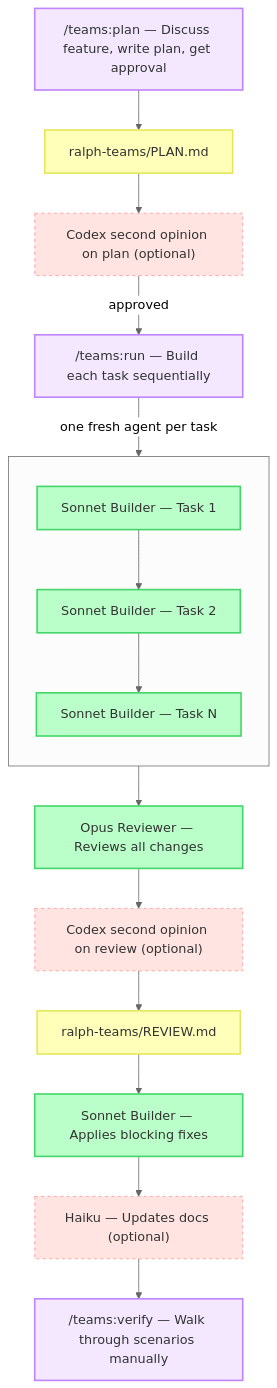
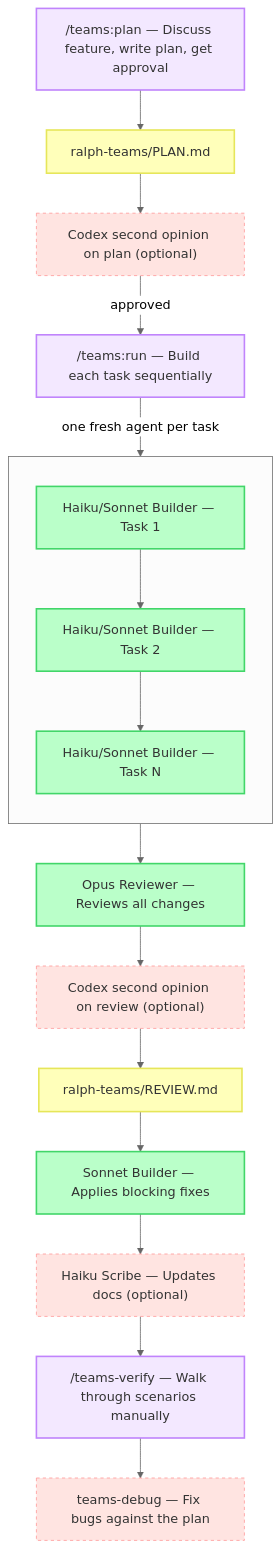
Before and after one commit to tuansondinh/ralph-teams-claude-plugin: the diagram in README.md, drawn with Mermaid (neutral theme). The commit also changed other lines of this file, not shown here.

First line of the commit message:
docs: update README for new skills, plan numbering, model selection

````diff
--- a/README.md
+++ b/README.md
@@ -30,45 +30,47 @@
 ```mermaid
 flowchart TD
     classDef user fill:#ffdfba,stroke:#ffb347,stroke-width:2px,color:#333
     classDef orch fill:#bae1ff,stroke:#5facff,stroke-width:2px,color:#333
     classDef agent fill:#baffc9,stroke:#42d669,stroke-width:2px,color:#333
     classDef doc fill:#ffffba,stroke:#e6e65a,stroke-width:2px,color:#333
     classDef cmd fill:#f3e8ff,stroke:#c084fc,stroke-width:2px,color:#333
     classDef optional fill:#ffe4e1,stroke:#ff9999,stroke-width:1px,stroke-dasharray:4,color:#333
 
     P1["/teams:plan — Discuss feature, write plan, get approval"]:::cmd
     P["ralph-teams/PLAN.md"]:::doc
     CX1["Codex second opinion on plan (optional)"]:::optional
 
     P1 --> P
     P --> CX1
 
     P2["/teams:run — Build each task sequentially"]:::cmd
 
     CX1 -->|"approved"| P2
 
     subgraph Build[" "]
         direction TB
-        B1["Sonnet Builder — Task 1"]:::agent
-        B2["Sonnet Builder — Task 2"]:::agent
-        BN["Sonnet Builder — Task N"]:::agent
+        B1["Haiku/Sonnet Builder — Task 1"]:::agent
+        B2["Haiku/Sonnet Builder — Task 2"]:::agent
+        BN["Haiku/Sonnet Builder — Task N"]:::agent
         B1 --> B2 --> BN
     end
 
     P2 -->|"one fresh agent per task"| Build
 
     R["Opus Reviewer — Reviews all changes"]:::agent
     CX2["Codex second opinion on review (optional)"]:::optional
     REV["ralph-teams/REVIEW.md"]:::doc
     BF["Sonnet Builder — Applies blocking fixes"]:::agent
-    DOCS["Haiku — Updates docs (optional)"]:::optional
+    DOCS["Haiku Scribe — Updates docs (optional)"]:::optional
 
     Build --> R
     R --> CX2
     CX2 --> REV
     REV --> BF
     BF --> DOCS
 
-    P3["/teams:verify — Walk through scenarios manually"]:::cmd
+    P3["/teams-verify — Walk through scenarios manually"]:::cmd
+    DBG["teams-debug — Fix bugs against the plan"]:::optional
     DOCS --> P3
+    P3 --> DBG
 ```
````
